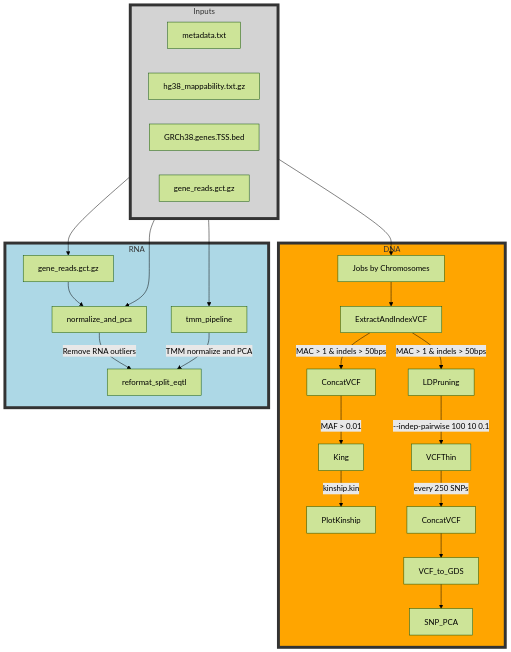
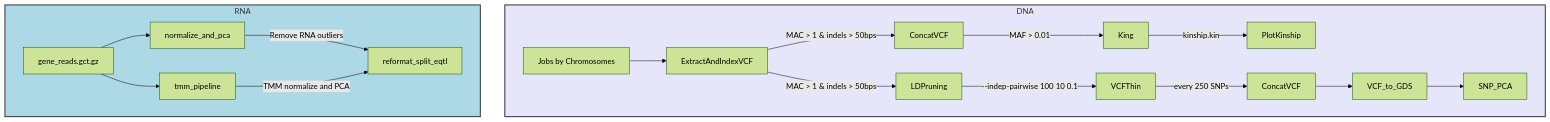
The diagram in README.md (connor122721/nf-eqtls), drawn with Mermaid (forest theme) before and after one commit. The commit also changed other lines of this file and 15 other files, not shown here.

````diff
--- a/README.md
+++ b/README.md
@@ -7,35 +7,23 @@
 ```mermaid
 graph TD
     subgraph DNA
-        style DNA fill:orange,stroke:#333,stroke-width:6px
+        style DNA fill:lavender,stroke:#333,stroke-width:2px,font-size:16px
         A[Jobs by Chromosomes] --> B[ExtractAndIndexVCF]
         B --> |MAC > 1 & indels > 50bps| C[ConcatVCF]
         C --> |MAF > 0.01| D[King]
         D --> |kinship.kin| E[PlotKinship]
         B -->  |MAC > 1 & indels > 50bps| F[LDPruning]
         F -->  |--indep-pairwise 100 10 0.1| G[VCFThin]
         G --> |every 250 SNPs| H[ConcatVCF]
         H --> I[VCF_to_GDS]
         I --> J[SNP_PCA]
     end
-
+    
     subgraph RNA
-        style RNA fill:lightblue,stroke:#333,stroke-width:6px
+        style RNA fill:lightblue,stroke:#333,stroke-width:2px,font-size:16px
         AA[gene_reads.gct.gz] --> K[normalize_and_pca]
         K --> |Remove RNA outliers| N[reformat_split_eqtl]
         M[tmm_pipeline] --> |TMM normalize and PCA| N
+        AA --> M
     end
-
-    subgraph Inputs
-        style Inputs fill:lightgray,stroke:#333,stroke-width:6px
-        meta_file[metadata.txt]
-        mapp_file[hg38_mappability.txt.gz]
-        gtf_file[GRCh38.genes.TSS.bed]
-        gene_count_file[gene_reads.gct.gz]
-    end
-
-    Inputs --> A
-    Inputs --> AA
-    Inputs --> K
-    Inputs --> M
 ```
````
